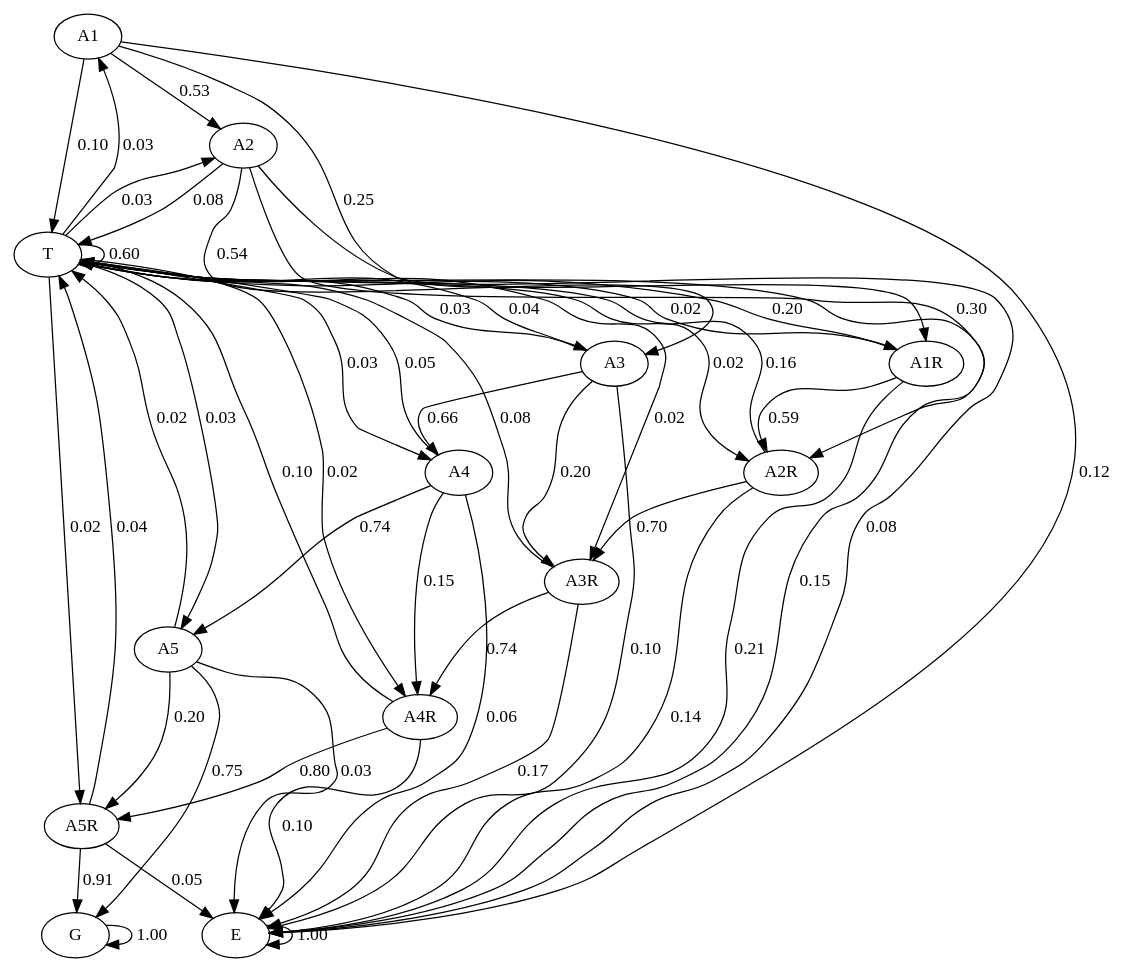
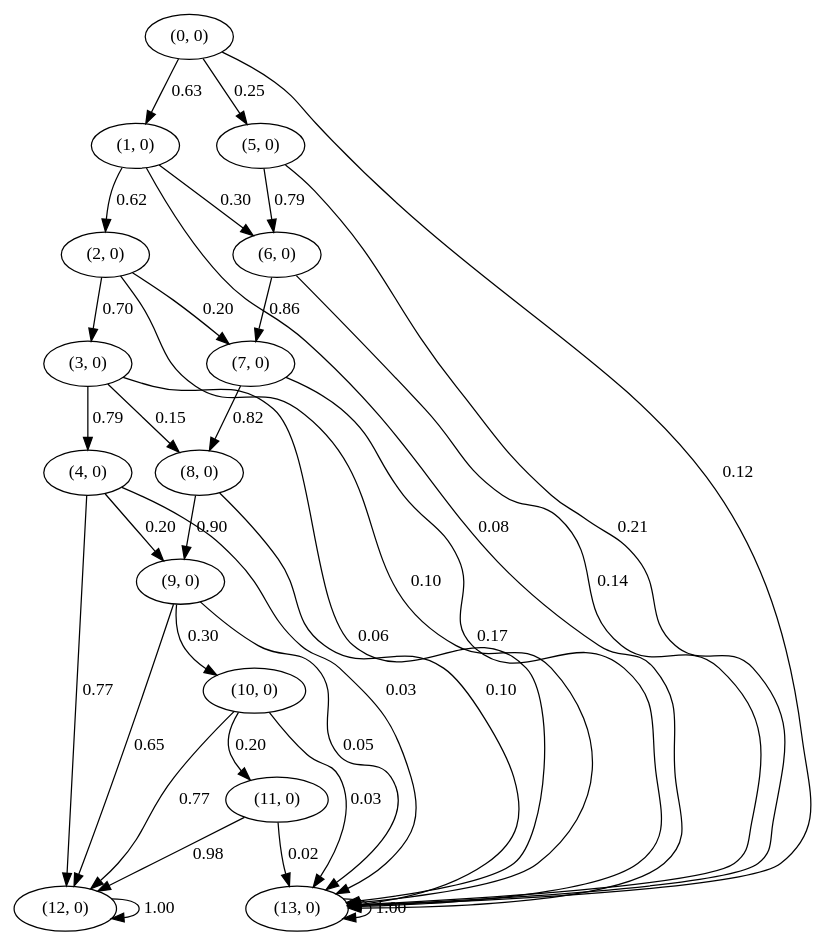
Before and after one commit to JulianaFerreira/educacao: the diagram in mc.dot, drawn with Graphviz. The commit also changed 4 other files, not shown here.

```diff
--- a/mc.dot
+++ b/mc.dot
@@ -1,64 +1,49 @@
 digraph  {
-"A1";
-"A2";
-"A1R";
-"T";
-"E";
-"A3";
-"A2R";
-"A4";
-"A3R";
-"A5";
-"A4R";
-"A5R";
-"G";
-"A1" -> "A2"  [key=0, label="0.53", weight="0.53"];
-"A1" -> "A1R"  [key=0, label="0.25", weight="0.25"];
-"A1" -> "T"  [key=0, label="0.10", weight="0.1"];
-"A1" -> "E"  [key=0, label="0.12", weight="0.12"];
-"A2" -> "A3"  [key=0, label="0.54", weight="0.54"];
-"A2" -> "A2R"  [key=0, label="0.30", weight="0.3"];
-"A2" -> "T"  [key=0, label="0.08", weight="0.08"];
-"A2" -> "E"  [key=0, label="0.08", weight="0.08"];
-"A1R" -> "A2R"  [key=0, label="0.59", weight="0.59"];
-"A1R" -> "T"  [key=0, label="0.20", weight="0.2"];
-"A1R" -> "E"  [key=0, label="0.21", weight="0.21"];
-"T" -> "A1"  [key=0, label="0.03", weight="0.03"];
-"T" -> "A2"  [key=0, label="0.03", weight="0.03"];
-"T" -> "A3"  [key=0, label="0.03", weight="0.03"];
-"T" -> "A4"  [key=0, label="0.03", weight="0.03"];
-"T" -> "A5"  [key=0, label="0.03", weight="0.03"];
-"T" -> "A1R"  [key=0, label="0.02", weight="0.02"];
-"T" -> "A2R"  [key=0, label="0.02", weight="0.02"];
-"T" -> "A3R"  [key=0, label="0.02", weight="0.02"];
-"T" -> "A4R"  [key=0, label="0.02", weight="0.02"];
-"T" -> "A5R"  [key=0, label="0.02", weight="0.02"];
-"T" -> "T"  [key=0, label="0.60", weight="0.6"];
-"T" -> "E"  [key=0, label="0.15", weight="0.15"];
-"E" -> "E"  [key=0, label="1.00", weight="1.0"];
-"A3" -> "A4"  [key=0, label="0.66", weight="0.66"];
-"A3" -> "A3R"  [key=0, label="0.20", weight="0.2"];
-"A3" -> "T"  [key=0, label="0.04", weight="0.04"];
-"A3" -> "E"  [key=0, label="0.10", weight="0.1"];
-"A2R" -> "A3R"  [key=0, label="0.70", weight="0.7"];
-"A2R" -> "T"  [key=0, label="0.16", weight="0.16"];
-"A2R" -> "E"  [key=0, label="0.14", weight="0.14"];
-"A4" -> "A5"  [key=0, label="0.74", weight="0.74"];
-"A4" -> "A4R"  [key=0, label="0.15", weight="0.15"];
-"A4" -> "T"  [key=0, label="0.05", weight="0.05"];
-"A4" -> "E"  [key=0, label="0.06", weight="0.06"];
-"A3R" -> "A4R"  [key=0, label="0.74", weight="0.745"];
-"A3R" -> "T"  [key=0, label="0.08", weight="0.08"];
-"A3R" -> "E"  [key=0, label="0.17", weight="0.175"];
-"A5" -> "A5R"  [key=0, label="0.20", weight="0.2"];
-"A5" -> "T"  [key=0, label="0.02", weight="0.02"];
-"A5" -> "G"  [key=0, label="0.75", weight="0.75"];
-"A5" -> "E"  [key=0, label="0.03", weight="0.03"];
-"A4R" -> "A5R"  [key=0, label="0.80", weight="0.795"];
-"A4R" -> "T"  [key=0, label="0.10", weight="0.1"];
-"A4R" -> "E"  [key=0, label="0.10", weight="0.105"];
-"A5R" -> "T"  [key=0, label="0.04", weight="0.04"];
-"A5R" -> "G"  [key=0, label="0.91", weight="0.9075"];
-"A5R" -> "E"  [key=0, label="0.05", weight="0.0525"];
-"G" -> "G"  [key=0, label="1.00", weight="1.0"];
+"(0, 0)";
+"(1, 0)";
+"(5, 0)";
+"(13, 0)";
+"(2, 0)";
+"(6, 0)";
+"(3, 0)";
+"(7, 0)";
+"(4, 0)";
+"(8, 0)";
+"(9, 0)";
+"(12, 0)";
+"(10, 0)";
+"(11, 0)";
+"(0, 0)" -> "(1, 0)"  [key=0, label="0.63", weight="0.63"];
+"(0, 0)" -> "(5, 0)"  [key=0, label="0.25", weight="0.25"];
+"(0, 0)" -> "(13, 0)"  [key=0, label="0.12", weight="0.12"];
+"(1, 0)" -> "(2, 0)"  [key=0, label="0.62", weight="0.62"];
+"(1, 0)" -> "(6, 0)"  [key=0, label="0.30", weight="0.3"];
+"(1, 0)" -> "(13, 0)"  [key=0, label="0.08", weight="0.08"];
+"(5, 0)" -> "(6, 0)"  [key=0, label="0.79", weight="0.79"];
+"(5, 0)" -> "(13, 0)"  [key=0, label="0.21", weight="0.21"];
+"(13, 0)" -> "(13, 0)"  [key=0, label="1.00", weight="1.0"];
+"(2, 0)" -> "(3, 0)"  [key=0, label="0.70", weight="0.7"];
+"(2, 0)" -> "(7, 0)"  [key=0, label="0.20", weight="0.2"];
+"(2, 0)" -> "(13, 0)"  [key=0, label="0.10", weight="0.1"];
+"(6, 0)" -> "(7, 0)"  [key=0, label="0.86", weight="0.86"];
+"(6, 0)" -> "(13, 0)"  [key=0, label="0.14", weight="0.14"];
+"(3, 0)" -> "(4, 0)"  [key=0, label="0.79", weight="0.79"];
+"(3, 0)" -> "(8, 0)"  [key=0, label="0.15", weight="0.15"];
+"(3, 0)" -> "(13, 0)"  [key=0, label="0.06", weight="0.06"];
+"(7, 0)" -> "(8, 0)"  [key=0, label="0.82", weight="0.825"];
+"(7, 0)" -> "(13, 0)"  [key=0, label="0.17", weight="0.175"];
+"(4, 0)" -> "(9, 0)"  [key=0, label="0.20", weight="0.2"];
+"(4, 0)" -> "(12, 0)"  [key=0, label="0.77", weight="0.77"];
+"(4, 0)" -> "(13, 0)"  [key=0, label="0.03", weight="0.03"];
+"(8, 0)" -> "(9, 0)"  [key=0, label="0.90", weight="0.895"];
+"(8, 0)" -> "(13, 0)"  [key=0, label="0.10", weight="0.105"];
+"(9, 0)" -> "(10, 0)"  [key=0, label="0.30", weight="0.3"];
+"(9, 0)" -> "(12, 0)"  [key=0, label="0.65", weight="0.6475"];
+"(9, 0)" -> "(13, 0)"  [key=0, label="0.05", weight="0.0525"];
+"(12, 0)" -> "(12, 0)"  [key=0, label="1.00", weight="1.0"];
+"(10, 0)" -> "(11, 0)"  [key=0, label="0.20", weight="0.2"];
+"(10, 0)" -> "(12, 0)"  [key=0, label="0.77", weight="0.77"];
+"(10, 0)" -> "(13, 0)"  [key=0, label="0.03", weight="0.03"];
+"(11, 0)" -> "(12, 0)"  [key=0, label="0.98", weight="0.98"];
+"(11, 0)" -> "(13, 0)"  [key=0, label="0.02", weight="0.02"];
 }
```
